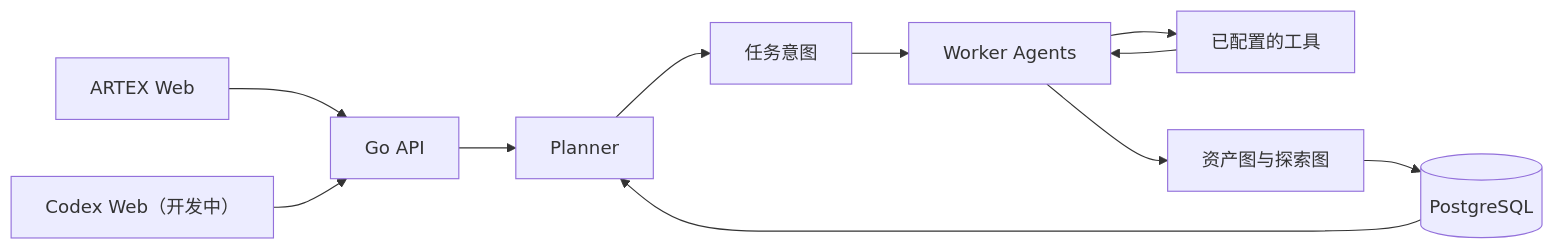
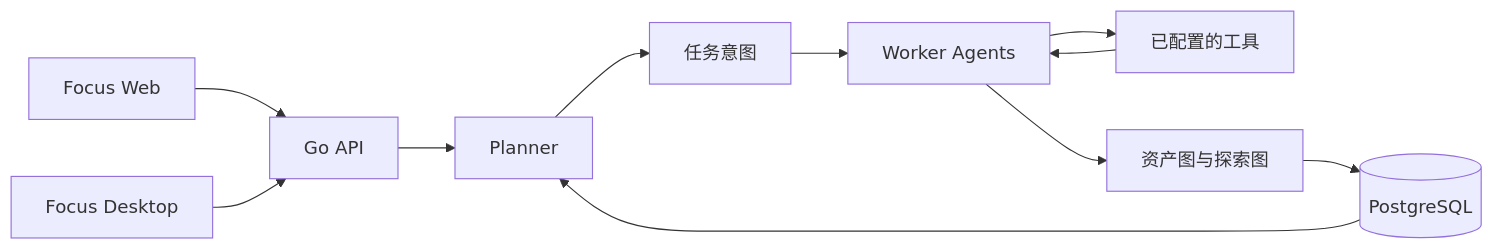
Before and after one commit to XXXXXQ-0206/focus-agent: the diagram in README.md, drawn with Mermaid. The commit also changed other lines of this file and 326 other files, not shown here.

````diff
--- a/README.md
+++ b/README.md
@@ -69,13 +69,13 @@
 ```mermaid
 flowchart LR
-    A[ARTEX Web] --> API[Go API]
-    C[Codex Web（开发中）] --> API
+    A[Focus Web] --> API[Go API]
+    C[Focus Desktop] --> API
     API --> P[Planner]
     P --> I[任务意图]
     I --> W[Worker Agents]
     W --> T[已配置的工具]
     T --> W
     W --> G[资产图与探索图]
     G --> DB[(PostgreSQL)]
     DB --> P
 ```
````
